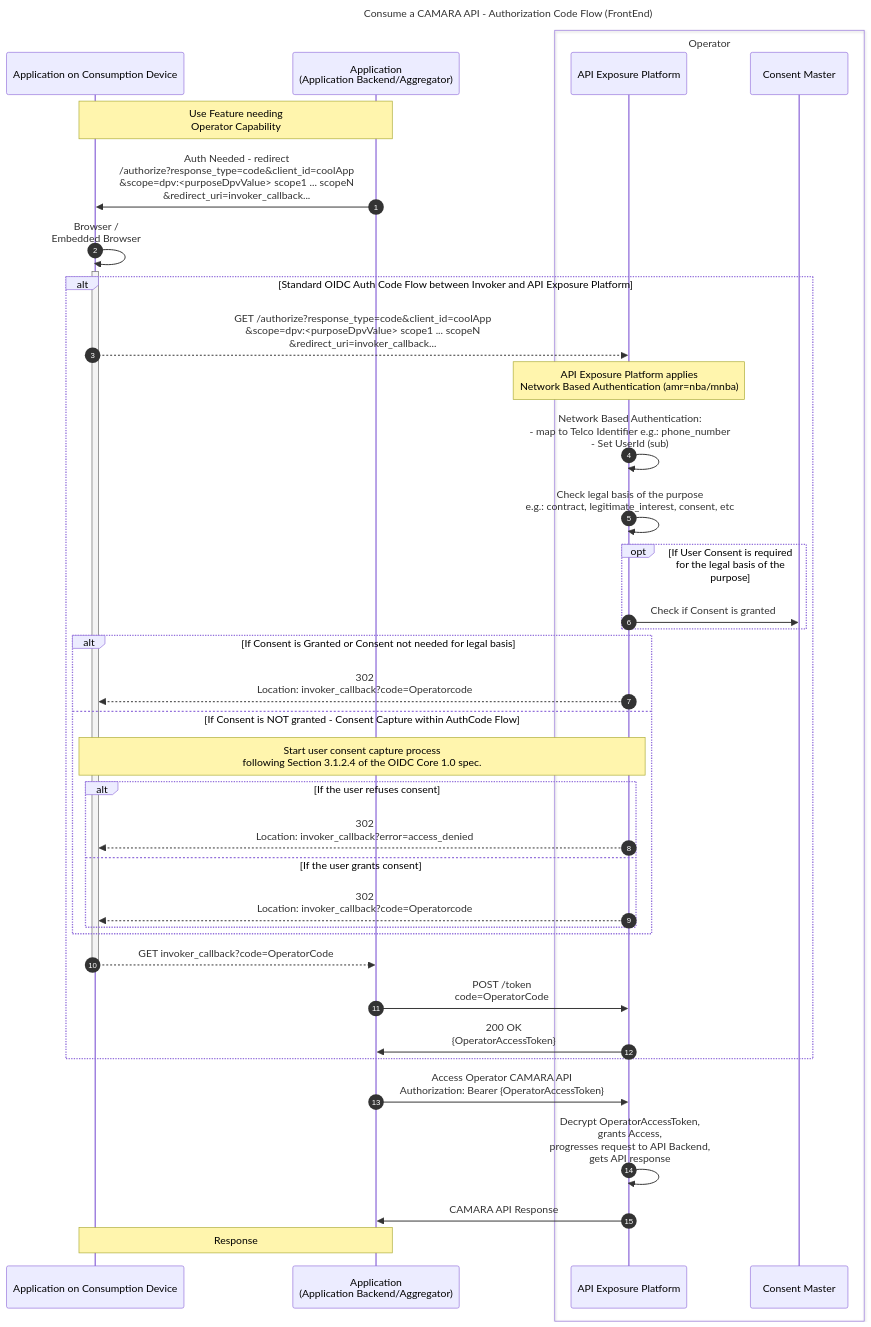
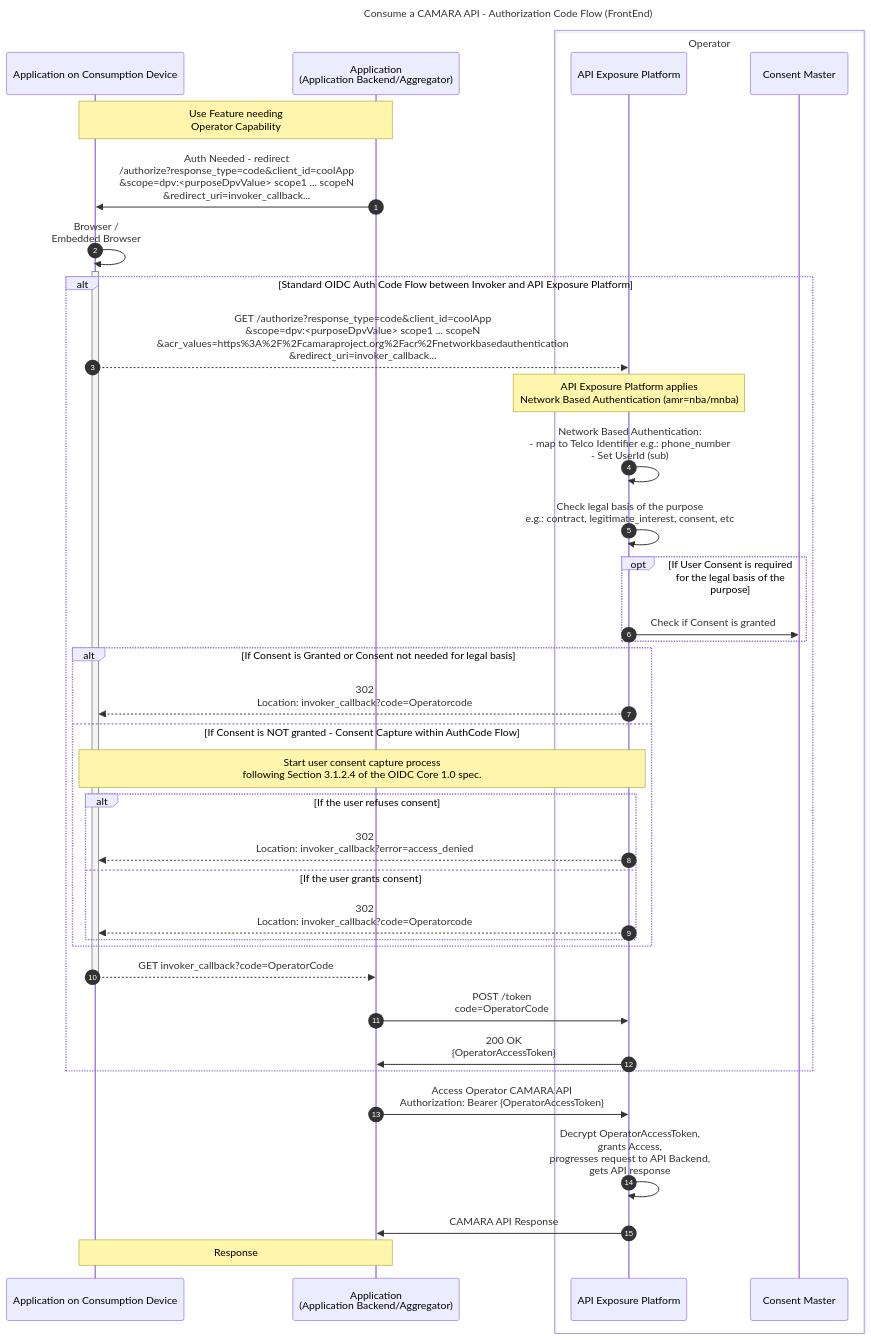
Before and after one commit to camaraproject/IdentityAndConsentManagement: the first of 2 diagrams in documentation/CAMARA-API-access-and-user-consent.md, drawn with Mermaid. The commit also changed other lines of this file, not shown here.

Commit message:
Add acr_values to the authorization code flow

````diff
--- a/documentation/CAMARA-API-access-and-user-consent.md
+++ b/documentation/CAMARA-API-access-and-user-consent.md
@@ -88,42 +88,42 @@
 ```mermaid
 sequenceDiagram
 autonumber
 title Consume a CAMARA API - Authorization Code Flow (FrontEnd)
 participant FE as Application on Consumption Device
 participant BE as Application<br>(Application Backend/Aggregator)
 box Operator
   participant ExpO as API Exposure Platform
   participant Consent as Consent Master
 end
 
 Note over FE,BE: Use Feature needing<br>Operator Capability  
 BE->>FE: Auth Needed - redirect <br>/authorize?response_type=code&client_id=coolApp<br>&scope=dpv:<purposeDpvValue> scope1 ... scopeN<br>&redirect_uri=invoker_callback...
 FE->>+FE: Browser /<br> Embedded Browser
 alt Standard OIDC Auth Code Flow between Invoker and API Exposure Platform
-  FE-->>ExpO: GET /authorize?response_type=code&client_id=coolApp<br>&scope=dpv:<purposeDpvValue> scope1 ... scopeN<br>&redirect_uri=invoker_callback...
+  FE-->>ExpO: GET /authorize?response_type=code&client_id=coolApp<br>&scope=dpv:<purposeDpvValue> scope1 ... scopeN<br>&acr_values=https%3A%2F%2Fcamaraproject.org%2Facr%2Fnetworkbasedauthentication<br>&redirect_uri=invoker_callback...
   Note over ExpO: API Exposure Platform applies<br>Network Based Authentication (amr=nba/mnba)
   ExpO->>ExpO: Network Based Authentication:<br>- map to Telco Identifier e.g.: phone_number<br>- Set UserId (sub)  
   ExpO->>ExpO: Check legal basis of the purpose<br> e.g.: contract, legitimate_interest, consent, etc 
   opt If User Consent is required for the legal basis of the purpose  
     ExpO->>Consent: Check if Consent is granted    
   end  
   alt If Consent is Granted or Consent not needed for legal basis   
     ExpO-->>FE: 302<br>Location: invoker_callback?code=Operatorcode
   else If Consent is NOT granted - Consent Capture within AuthCode Flow  
     Note over FE,ExpO: Start user consent capture process<br>following Section 3.1.2.4 of the OIDC Core 1.0 spec.    
     alt If the user refuses consent
       ExpO-->>FE: 302<br>Location: invoker_callback?error=access_denied
     else If the user grants consent
       ExpO-->>FE: 302<br>Location: invoker_callback?code=Operatorcode
     end
   end
   FE-->>-BE: GET invoker_callback?code=OperatorCode
   BE->>ExpO: POST /token<br> code=OperatorCode
   ExpO->>BE: 200 OK <br> {OperatorAccessToken}
 end
 
 BE->>ExpO: Access Operator CAMARA API <br> Authorization: Bearer {OperatorAccessToken}        
 ExpO->>ExpO: Decrypt OperatorAccessToken,<br>grants Access,<br>progresses request to API Backend,<br>gets API response  
 ExpO->>BE: CAMARA API Response
 Note over BE,FE: Response
 ```
````
